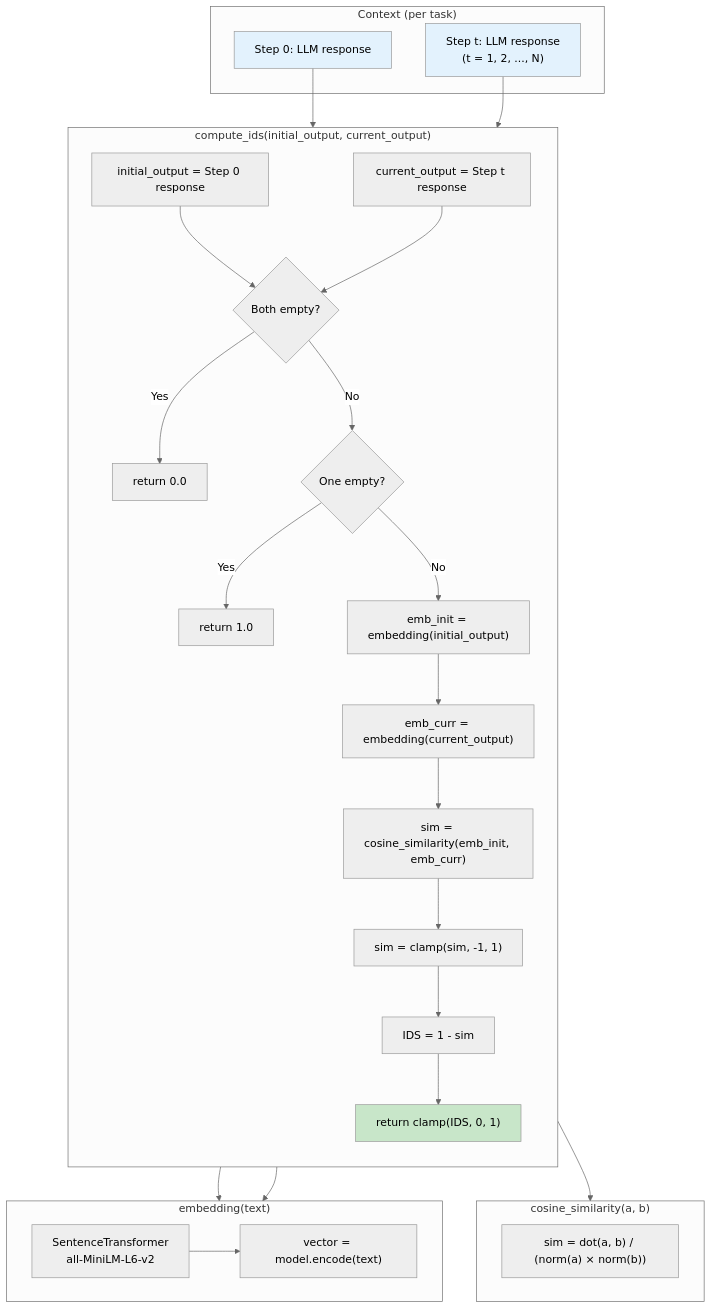
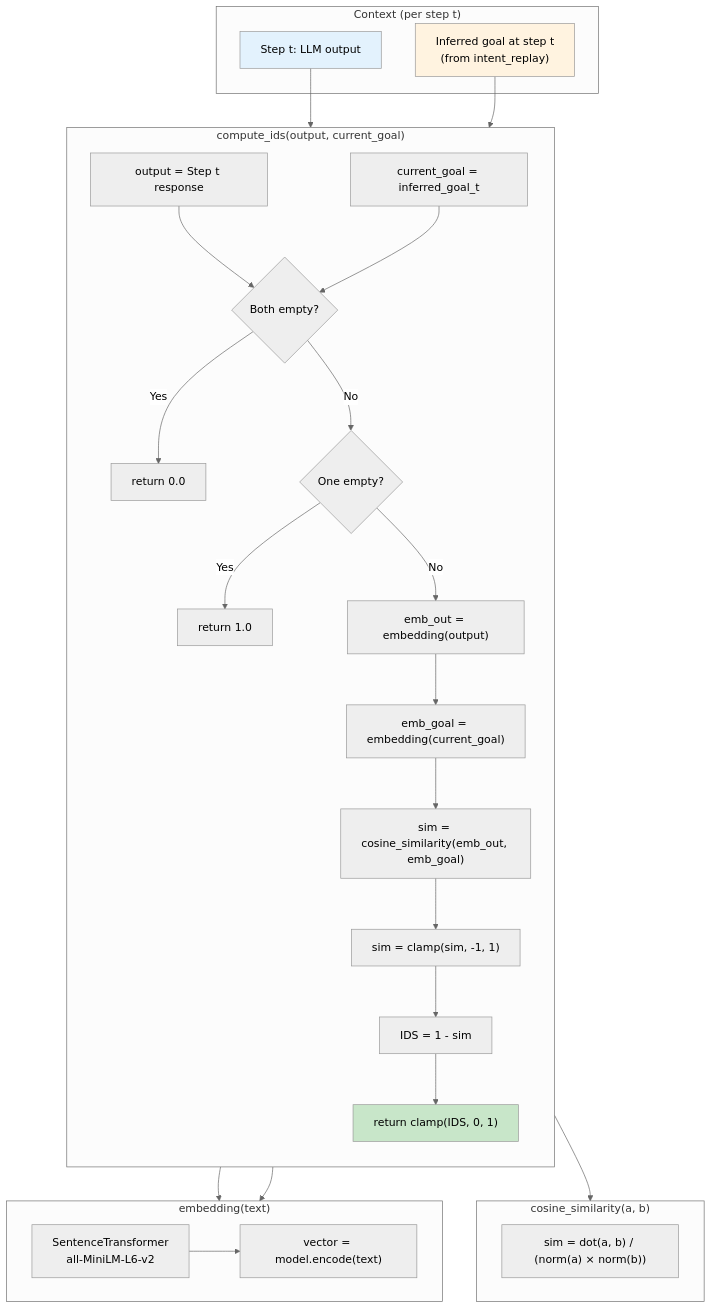
The first of 2 diagrams in flowcharts/IDS_CALCULATION_FLOW.md (serenahuang225/agent-intent-drift), drawn with Mermaid (neutral theme) before and after one commit. The commit also changed other lines of this file and 119 other files, not shown here.

````diff
--- a/flowcharts/IDS_CALCULATION_FLOW.md
+++ b/flowcharts/IDS_CALCULATION_FLOW.md
@@ -3,46 +7,44 @@
 ```mermaid
 flowchart TB
-    subgraph Context["Context (per task)"]
-        S0["Step 0: LLM response"]
-        ST["Step t: LLM response\n(t = 1, 2, ..., N)"]
+    subgraph Context["Context (per step t)"]
+        OUTPUT["Step t: LLM output"]
+        GOAL["Inferred goal at step t\n(from intent_replay)"]
     end
 
-    subgraph Compute["compute_ids(initial_output, current_output)"]
+    subgraph ComputeIDS["compute_ids(output, current_goal)"]
         direction TB
-        A["initial_output = Step 0 response"]
-        B["current_output = Step t response"]
-        
+        A["output = Step t response"]
+        B["current_goal = inferred_goal_t"]
         A --> C{Both empty?}
         B --> C
         C -->|Yes| RETURN0["return 0.0"]
         C -->|No| D{One empty?}
         D -->|Yes| RETURN1["return 1.0"]
-        D -->|No| E["emb_init = embedding(initial_output)"]
-        E --> F["emb_curr = embedding(current_output)"]
-        
-        F --> G["sim = cosine_similarity(emb_init, emb_curr)"]
+        D -->|No| E["emb_out = embedding(output)"]
+        E --> F["emb_goal = embedding(current_goal)"]
+        F --> G["sim = cosine_similarity(emb_out, emb_goal)"]
         G --> H["sim = clamp(sim, -1, 1)"]
         H --> I["IDS = 1 - sim"]
         I --> J["return clamp(IDS, 0, 1)"]
     end
+
+    OUTPUT --> A
+    GOAL --> B
+    E --> Embedding
+    F --> Embedding
+    G --> Cosine
 
     subgraph Embedding["embedding(text)"]
         K["SentenceTransformer\nall-MiniLM-L6-v2"]
         L["vector = model.encode(text)"]
         K --> L
     end
 
     subgraph Cosine["cosine_similarity(a, b)"]
         M["sim = dot(a, b) / (norm(a) × norm(b))"]
     end
 
-    S0 --> A
-    ST --> B
-    E --> Embedding
-    F --> Embedding
-    G --> Cosine
-
-    style S0 fill:#e3f2fd
-    style ST fill:#e3f2fd
+    style OUTPUT fill:#e3f2fd
+    style GOAL fill:#fff3e0
     style J fill:#c8e6c9
 ```
````
